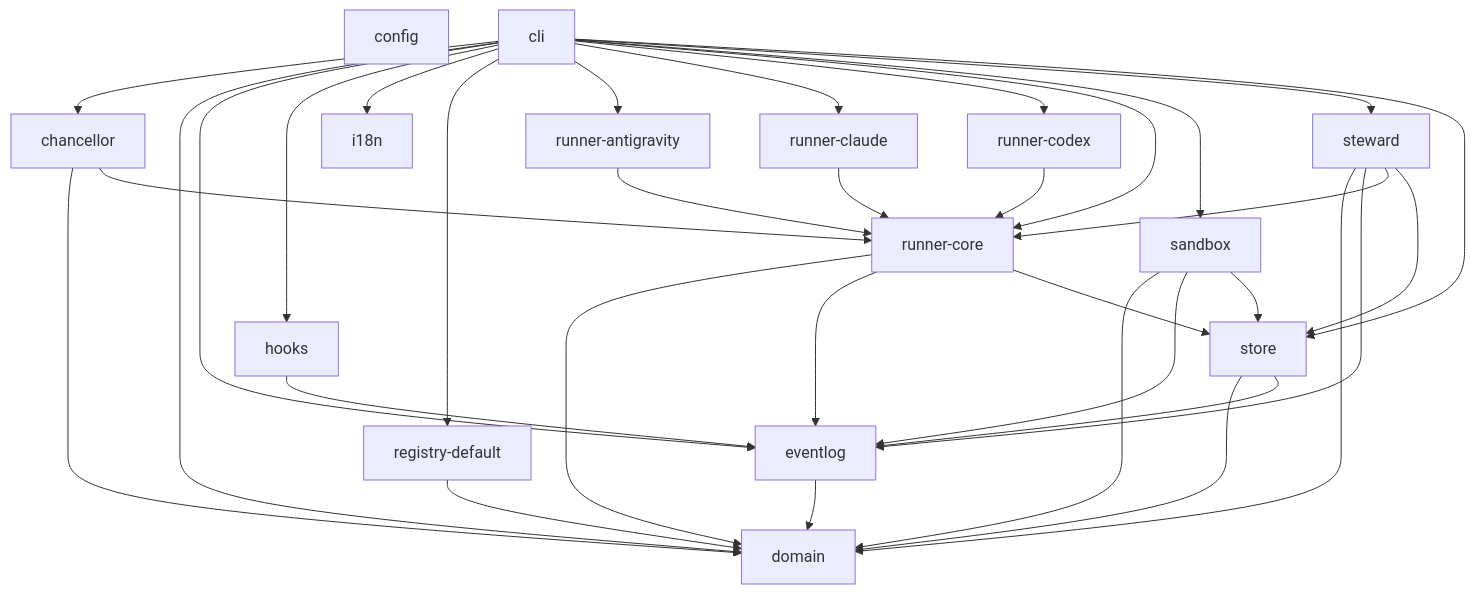
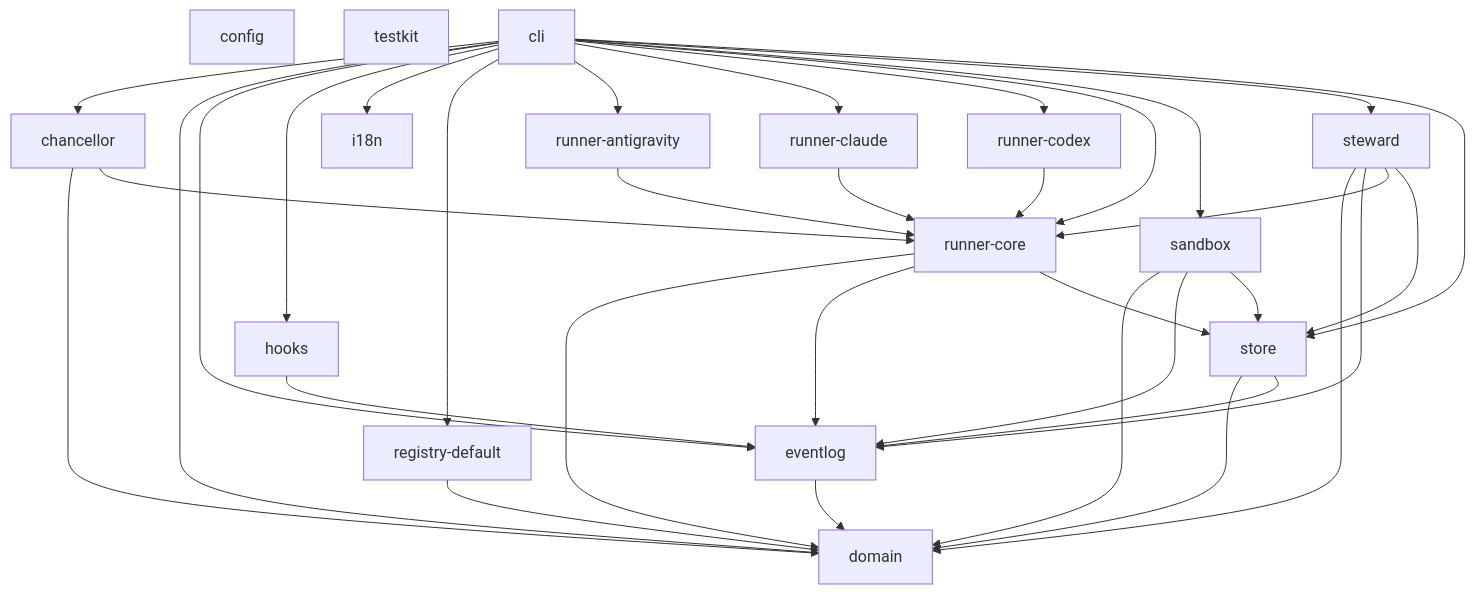
The diagram in docs/dependency-graph.md (thap-nv/the-world-of-elvaria), drawn with Mermaid before and after one commit. The commit also changed other lines of this file and 41 other files, not shown here.

````diff
--- a/docs/dependency-graph.md
+++ b/docs/dependency-graph.md
@@ -7,51 +7,52 @@
 ```mermaid
 flowchart TD
   config["config"]
+  testkit["testkit"]
   domain["domain"]
   store["store"]
   registry_default["registry-default"]
   runner_core["runner-core"]
   runner_claude["runner-claude"]
   runner_antigravity["runner-antigravity"]
   runner_codex["runner-codex"]
   steward["steward"]
   chancellor["chancellor"]
   sandbox["sandbox"]
   eventlog["eventlog"]
   hooks["hooks"]
   i18n["i18n"]
   cli["cli"]
   store --> domain
   store --> eventlog
   registry_default --> domain
   runner_core --> domain
   runner_core --> eventlog
   runner_core --> store
   runner_claude --> runner_core
   runner_antigravity --> runner_core
   runner_codex --> runner_core
   steward --> domain
   steward --> eventlog
   steward --> runner_core
   steward --> store
   chancellor --> domain
   chancellor --> runner_core
   sandbox --> domain
   sandbox --> eventlog
   sandbox --> store
   eventlog --> domain
   hooks --> eventlog
   cli --> chancellor
   cli --> domain
   cli --> eventlog
   cli --> hooks
   cli --> i18n
   cli --> registry_default
   cli --> runner_antigravity
   cli --> runner_claude
   cli --> runner_codex
   cli --> runner_core
   cli --> sandbox
   cli --> steward
   cli --> store
 ```
````
